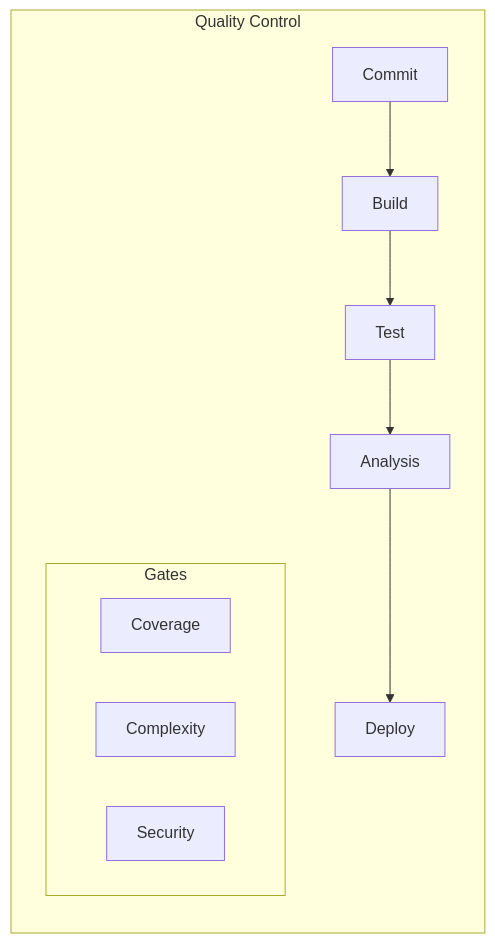
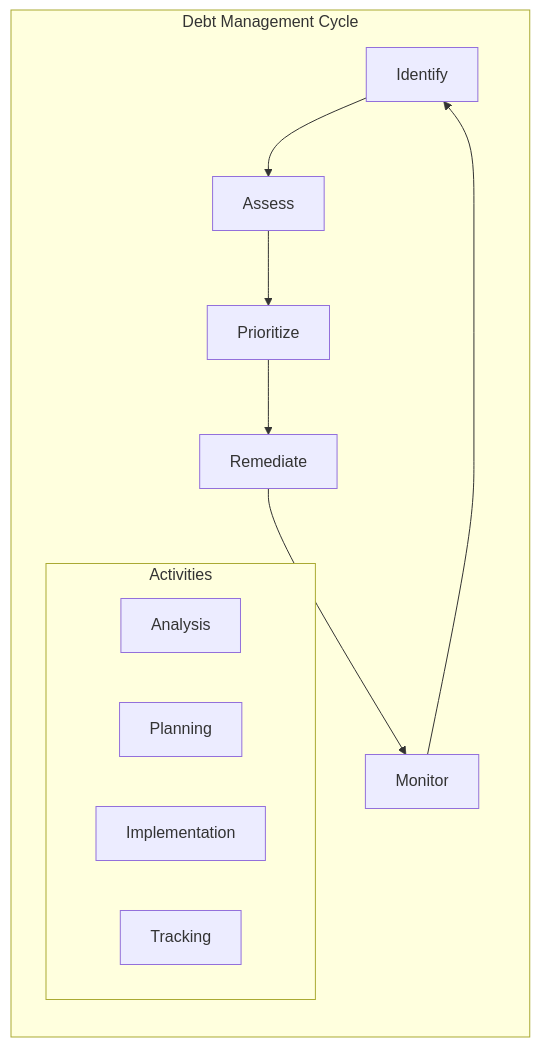
The third of 3 diagrams in src/Technical_Debt_Management.md (saravanakumarrc/Architecture_Journey), drawn with Mermaid before and after one commit. The commit also changed other lines of this file and 6 other files, not shown here.

First line of the commit message:
Refactor observability documentation: streamline sections, enhance clarity, and update diagrams for better understanding of monitoring components and patterns.

````diff
--- a/src/Technical_Debt_Management.md
+++ b/src/Technical_Debt_Management.md
@@ -128,15 +52,17 @@
 ```mermaid
 graph LR
-    subgraph "Quality Control"
-        C[Commit] --> B[Build]
-        B --> T[Test]
-        T --> A[Analysis]
-        A --> D[Deploy]
+    subgraph "Debt Management Cycle"
+        I[Identify] --> A[Assess]
+        A --> P[Prioritize]
+        P --> R[Remediate]
+        R --> M[Monitor]
+        M --> I
         
-        subgraph "Gates"
-            G1[Coverage]
-            G2[Complexity]
-            G3[Security]
+        subgraph "Activities"
+            AN[Analysis]
+            PL[Planning]
+            IM[Implementation]
+            TR[Tracking]
         end
     end
 ```
````
